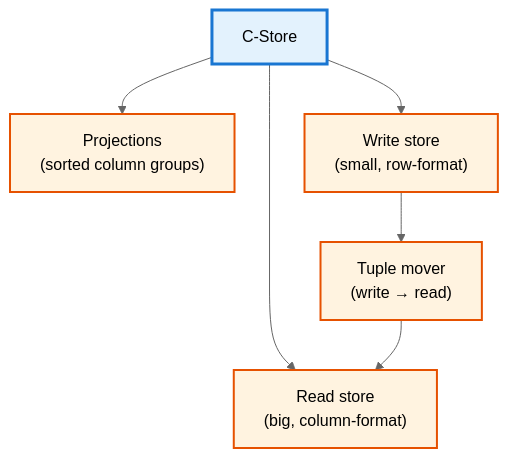
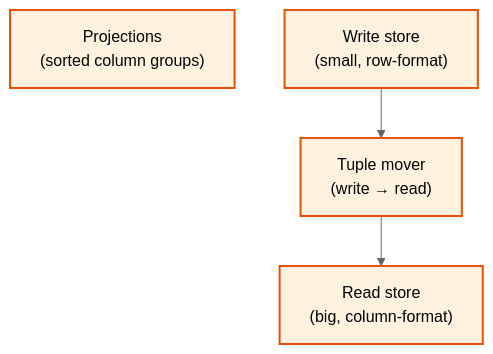
One commit to ufdatastudio/cop5725fa26 changed the fourth of 7 diagrams in lecture-outlines/day24-row-vs-column-stores/slides.md. Above: the diagram before and after it, drawn with Mermaid (neutral theme). The commit also changed other lines of this file and 50 other files, not shown here.

````diff
--- a/lecture-outlines/day24-row-vs-column-stores/slides.md
+++ b/lecture-outlines/day24-row-vs-column-stores/slides.md
@@ -295,17 +289,11 @@
 ```mermaid
 graph TB
-  CS["C-Store"]
   P["Projections<br/>(sorted column groups)"]
   W["Write store<br/>(small, row-format)"]
   R["Read store<br/>(big, column-format)"]
   C["Tuple mover<br/>(write → read)"]
-  CS --> P
-  CS --> W
-  CS --> R
   W --> C
   C --> R
-  classDef root fill:#e3f2fd,stroke:#1976d2,stroke-width:3px
   classDef proc fill:#fff3e0,stroke:#e65100,stroke-width:2px
-  class CS root
   class P,W,R,C proc
 ```
````
